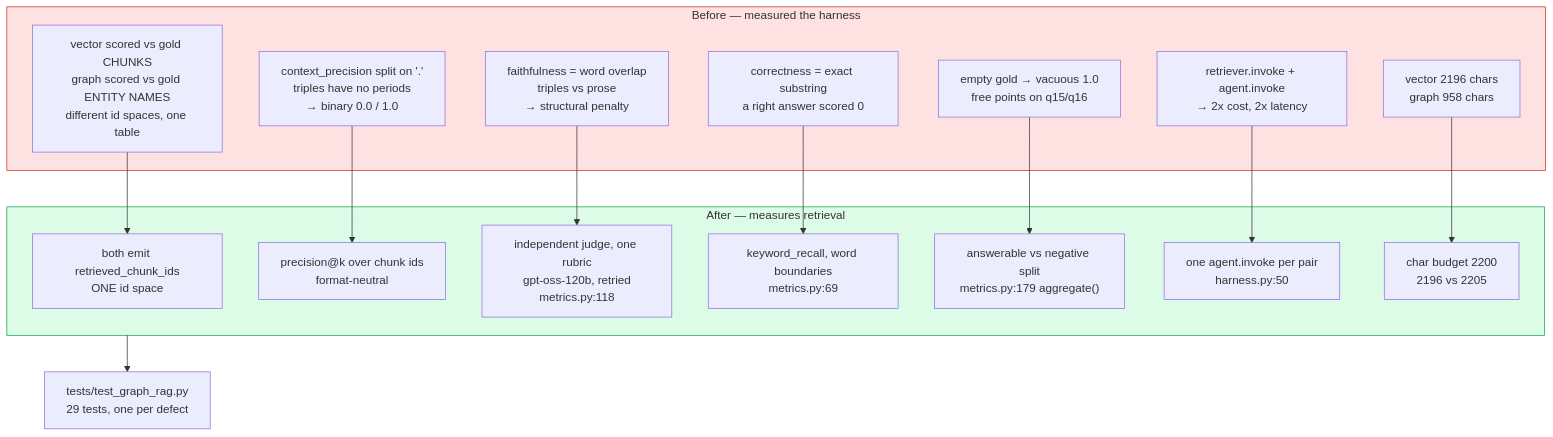
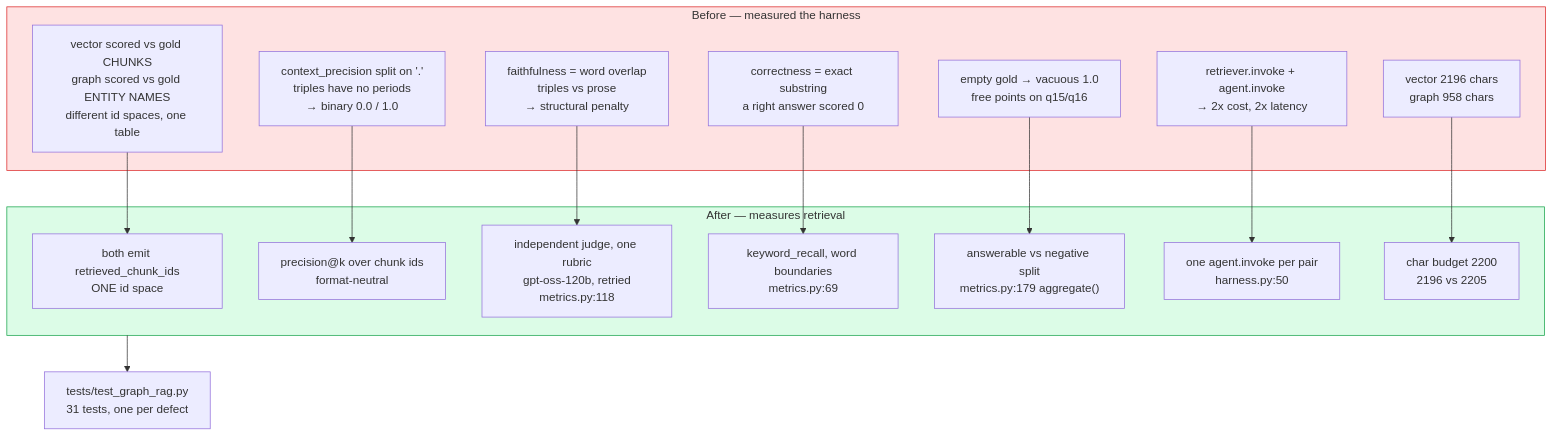
Before and after one commit to manishwvn/graph_rag: the ninth of 9 diagrams in LEARNINGS.md, drawn with Mermaid. The commit also changed other lines of this file and 11 other files, not shown here.

````diff
--- a/LEARNINGS.md
+++ b/LEARNINGS.md
@@ -459,31 +459,31 @@
 ```mermaid
 graph TD
   subgraph BEFORE["Before — measured the harness"]
     B1["vector scored vs gold CHUNKS<br/>graph scored vs gold ENTITY NAMES<br/>different id spaces, one table"]
     B2["context_precision split on '.'<br/>triples have no periods<br/>→ binary 0.0 / 1.0"]
     B3["faithfulness = word overlap<br/>triples vs prose<br/>→ structural penalty"]
     B4["correctness = exact substring<br/>a right answer scored 0"]
     B5["empty gold → vacuous 1.0<br/>free points on q15/q16"]
     B6["retriever.invoke + agent.invoke<br/>→ 2x cost, 2x latency"]
     B7["vector 2196 chars<br/>graph 958 chars"]
   end
   subgraph AFTER["After — measures retrieval"]
     A1["both emit retrieved_chunk_ids<br/>ONE id space"]
     A2["precision@k over chunk ids<br/>format-neutral"]
     A3["independent judge, one rubric<br/>gpt-oss-120b, retried<br/>metrics.py:118"]
     A4["keyword_recall, word boundaries<br/>metrics.py:69"]
     A5["answerable vs negative split<br/>metrics.py:179 aggregate()"]
     A6["one agent.invoke per pair<br/>harness.py:50"]
     A7["char budget 2200<br/>2196 vs 2205"]
   end
   B1 --> A1
   B2 --> A2
   B3 --> A3
   B4 --> A4
   B5 --> A5
   B6 --> A6
   B7 --> A7
-  AFTER --> T["tests/test_graph_rag.py<br/>29 tests, one per defect"]
+  AFTER --> T["tests/test_graph_rag.py<br/>31 tests, one per defect"]
   style AFTER fill:#DCFCE7,stroke:#16A34A
   style BEFORE fill:#FEE2E2,stroke:#DC2626
 ```
````
